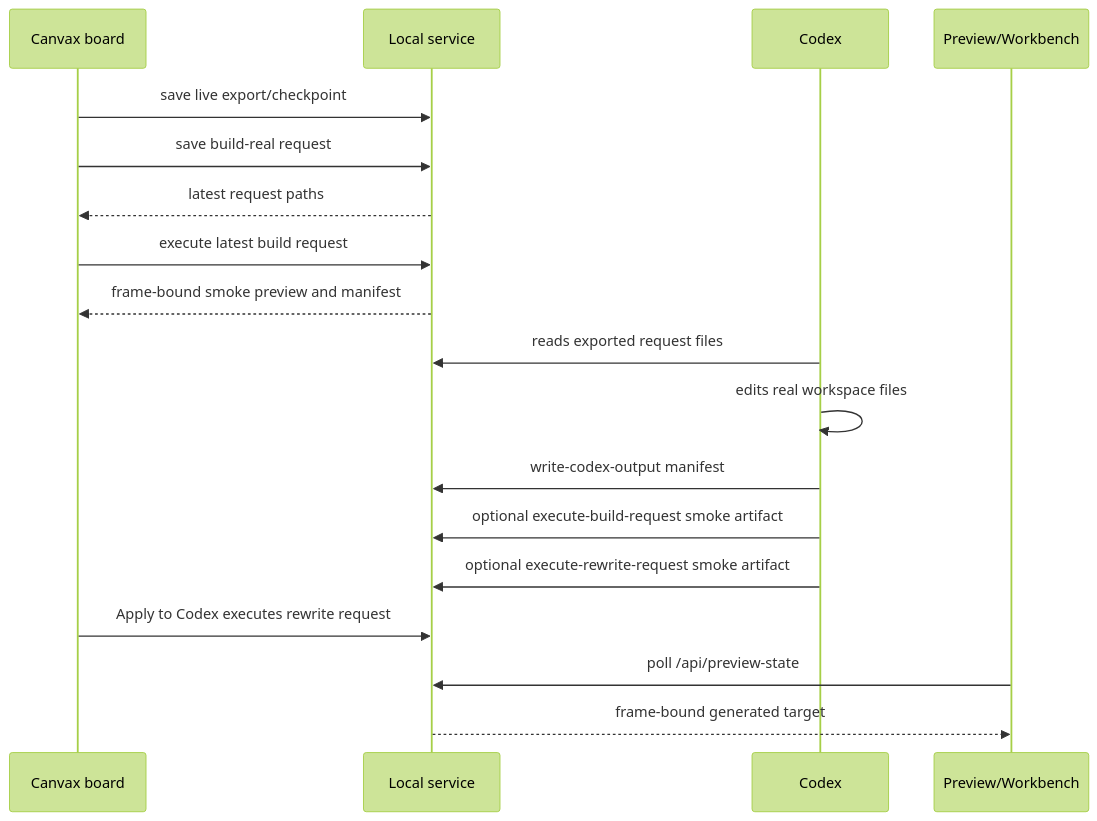
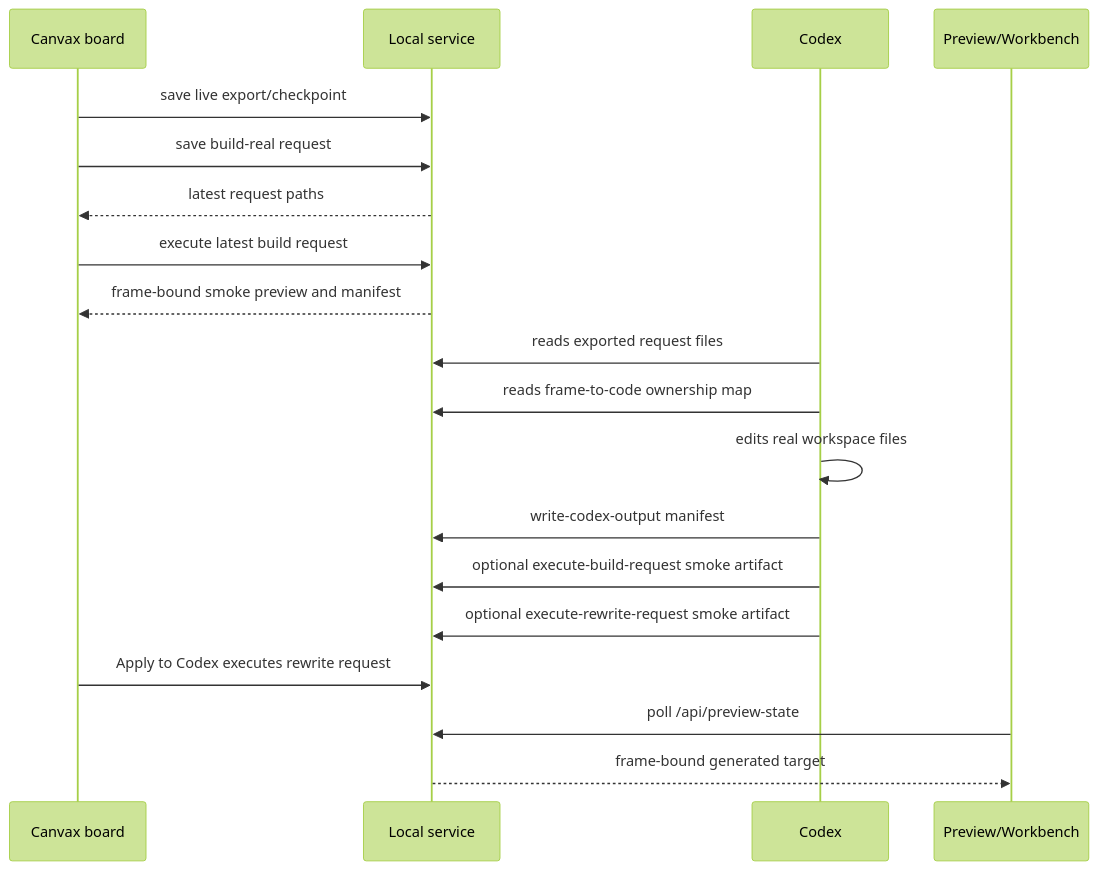
One commit to varshneydevansh/Canvax changed the fourth of 5 diagrams in docs/DEVELOPMENT.md. Above: the diagram before and after it, drawn with Mermaid (forest theme). The commit also changed other lines of this file and 10 other files, not shown here.

Commit message:
feat: map Canvax builds to generated code

````diff
--- a/docs/DEVELOPMENT.md
+++ b/docs/DEVELOPMENT.md
@@ -248,21 +249,22 @@
 ```mermaid
 sequenceDiagram
     participant Board as Canvax board
     participant Service as Local service
     participant Codex as Codex
     participant Preview as Preview/Workbench
 
     Board->>Service: save live export/checkpoint
     Board->>Service: save build-real request
     Service-->>Board: latest request paths
     Board->>Service: execute latest build request
     Service-->>Board: frame-bound smoke preview and manifest
     Codex->>Service: reads exported request files
+    Codex->>Service: reads frame-to-code ownership map
     Codex->>Codex: edits real workspace files
     Codex->>Service: write-codex-output manifest
     Codex->>Service: optional execute-build-request smoke artifact
     Codex->>Service: optional execute-rewrite-request smoke artifact
     Board->>Service: Apply to Codex executes rewrite request
     Preview->>Service: poll /api/preview-state
     Service-->>Preview: frame-bound generated target
 ```
````
